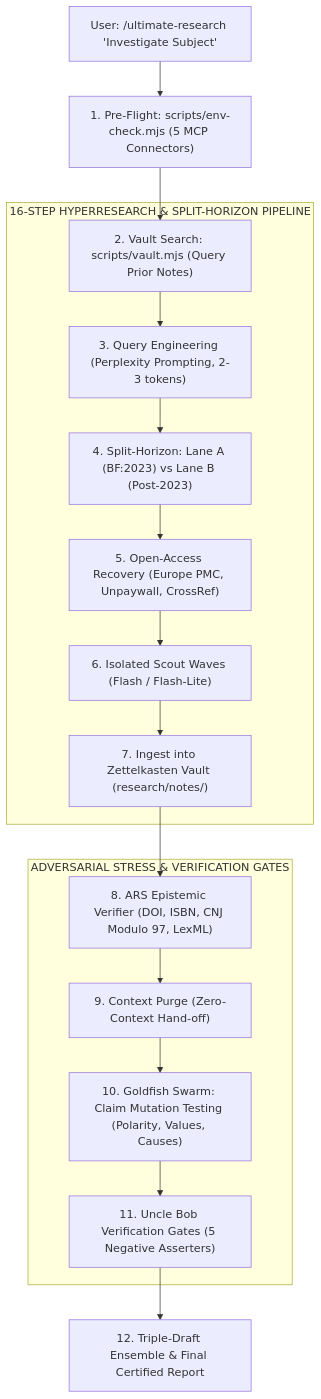
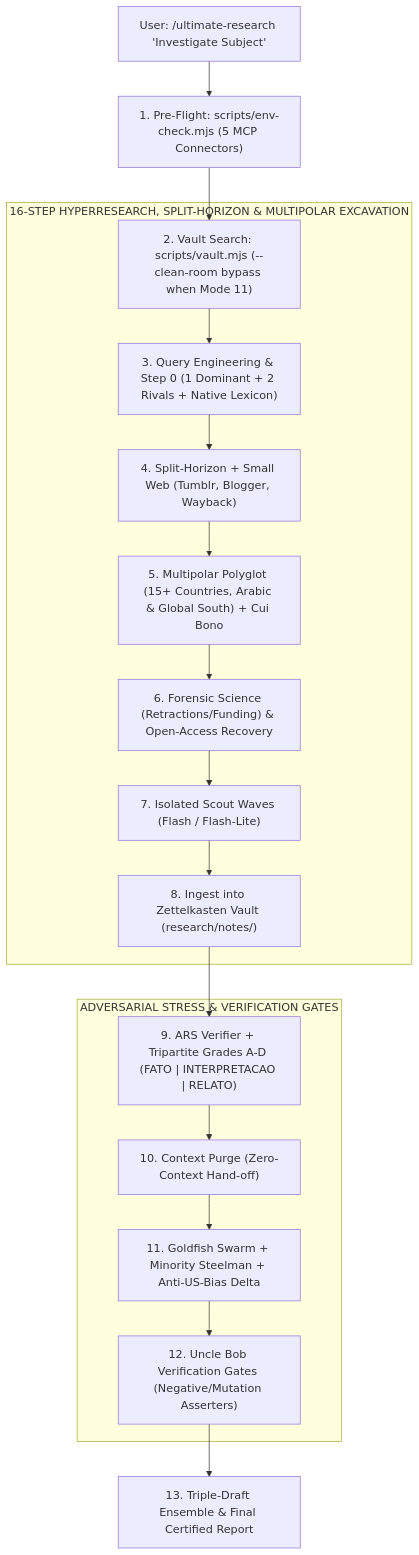
The diagram in README.md (santanaluiz181-cell/ultimate-research), drawn with Mermaid before and after one commit. The commit also changed other lines of this file and 42 other files, not shown here.

Commit message:
feat(superupgrade): v2.3.0 multipolar polyglot, small-web archaeology & clean-room excavation

````diff
--- a/README.md
+++ b/README.md
@@ -70,22 +71,23 @@
 ```mermaid
 flowchart TD
     User["User: /ultimate-research 'Investigate Subject'"] --> Env["1. Pre-Flight: scripts/env-check.mjs (5 MCP Connectors)"]
-    Env --> VaultSearch["2. Vault Search: scripts/vault.mjs (Query Prior Notes)"]
+    Env --> VaultSearch["2. Vault Search: scripts/vault.mjs (--clean-room bypass when Mode 11)"]
     
-    subgraph ENGINE["16-STEP HYPERRESEARCH & SPLIT-HORIZON PIPELINE"]
-        VaultSearch --> Dorking["3. Query Engineering (Perplexity Prompting, 2-3 tokens)"]
-        Dorking --> Split["4. Split-Horizon: Lane A (BF:2023) vs Lane B (Post-2023)"]
-        Split --> OARecovery["5. Open-Access Recovery (Europe PMC, Unpaywall, CrossRef)"]
-        OARecovery --> Subagents["6. Isolated Scout Waves (Flash / Flash-Lite)"]
-        Subagents --> VaultStore["7. Ingest into Zettelkasten Vault (research/notes/)"]
+    subgraph ENGINE["16-STEP HYPERRESEARCH, SPLIT-HORIZON & MULTIPOLAR EXCAVATION"]
+        VaultSearch --> Dorking["3. Query Engineering & Step 0 (1 Dominant + 2 Rivals + Native Lexicon)"]
+        Dorking --> Split["4. Split-Horizon + Small Web (Tumblr, Blogger, Wayback)"]
+        Split --> Multipolar["5. Multipolar Polyglot (15+ Countries, Arabic & Global South) + Cui Bono"]
+        Multipolar --> OARecovery["6. Forensic Science (Retractions/Funding) & Open-Access Recovery"]
+        OARecovery --> Subagents["7. Isolated Scout Waves (Flash / Flash-Lite)"]
+        Subagents --> VaultStore["8. Ingest into Zettelkasten Vault (research/notes/)"]
     end
 
     subgraph ADVERSARIAL["ADVERSARIAL STRESS & VERIFICATION GATES"]
-        VaultStore --> ARS["8. ARS Epistemic Verifier (DOI, ISBN, CNJ Modulo 97, LexML)"]
-        ARS --> Purge["9. Context Purge (Zero-Context Hand-off)"]
-        Purge --> Goldfish["10. Goldfish Swarm: Claim Mutation Testing (Polarity, Values, Causes)"]
-        Goldfish --> UncleBob["11. Uncle Bob Verification Gates (5 Negative Asserters)"]
+        VaultStore --> ARS["9. ARS Verifier + Tripartite Grades A-D (FATO | INTERPRETACAO | RELATO)"]
+        ARS --> Purge["10. Context Purge (Zero-Context Hand-off)"]
+        Purge --> Goldfish["11. Goldfish Swarm + Minority Steelman + Anti-US-Bias Delta"]
+        Goldfish --> UncleBob["12. Uncle Bob Verification Gates (Negative/Mutation Asserters)"]
     end
 
-    UncleBob --> Synthesis["12. Triple-Draft Ensemble & Final Certified Report"]
+    UncleBob --> Synthesis["13. Triple-Draft Ensemble & Final Certified Report"]
 ```
````
